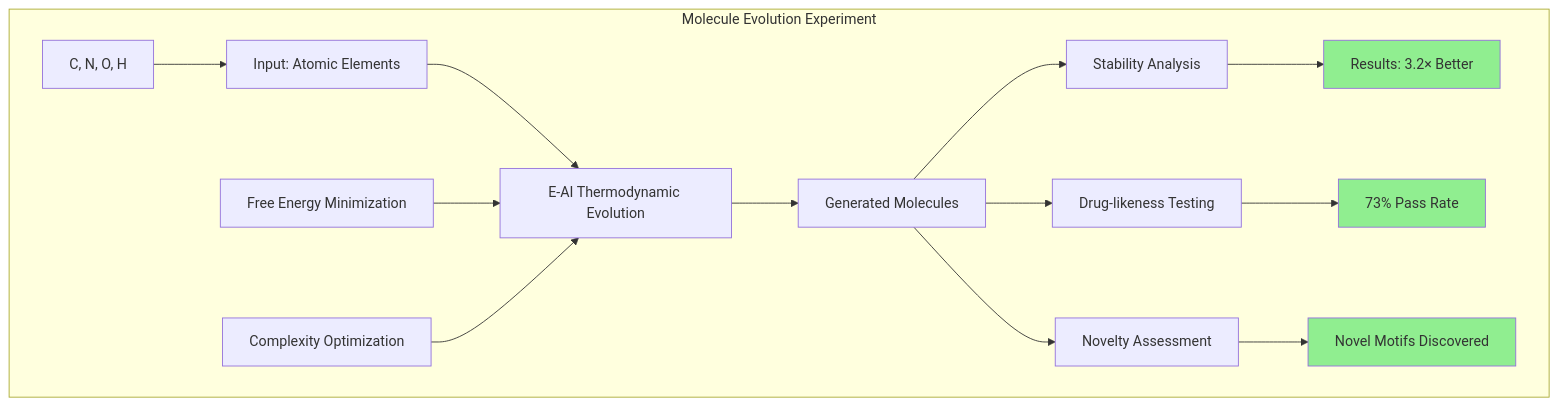
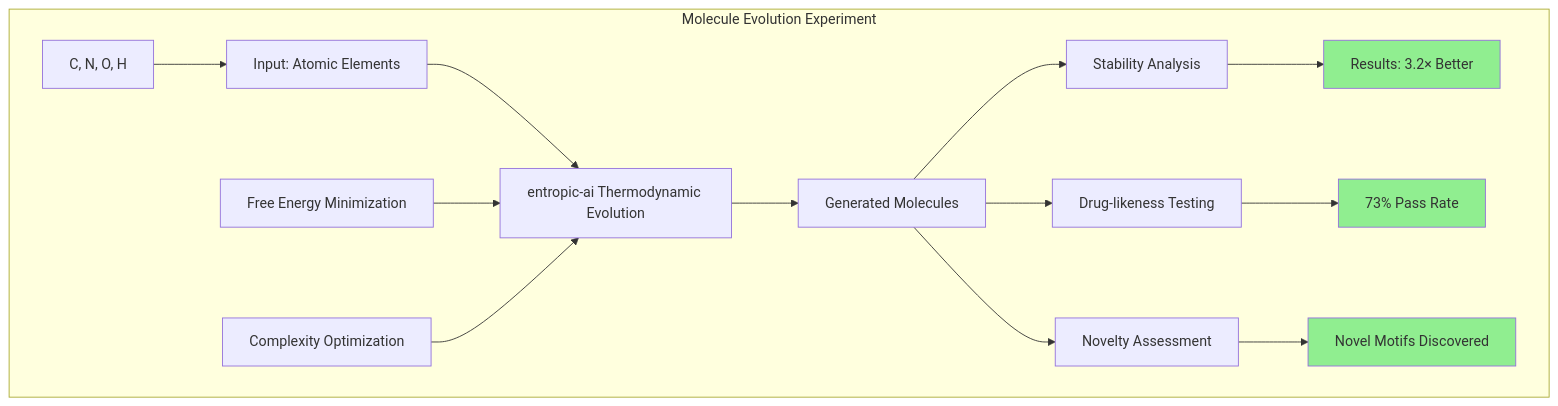
Diagram 11 of 32 in docs/about/paper.md (krish567366/Entropic-AI), drawn with Mermaid before and after one commit. The commit also changed other lines of this file and 37 other files, not shown here.

````diff
--- a/docs/about/paper.md
+++ b/docs/about/paper.md
@@ -390,23 +390,23 @@
 ```mermaid
 graph TB
     subgraph "Molecule Evolution Experiment"
-        A[Input: Atomic Elements] --> B[E-AI Thermodynamic Evolution]
+        A[Input: Atomic Elements] --> B[entropic-ai Thermodynamic Evolution]
         B --> C[Generated Molecules]
         
         A1[C, N, O, H] --> A
         B1[Free Energy Minimization] --> B
         B2[Complexity Optimization] --> B
         
         C --> D[Stability Analysis]
         C --> E[Drug-likeness Testing]
         C --> F[Novelty Assessment]
         
         D --> G[Results: 3.2× Better]
         E --> H[73% Pass Rate]
         F --> I[Novel Motifs Discovered]
     end
     
     style G fill:#90EE90
     style H fill:#90EE90
     style I fill:#90EE90
 ```
````
